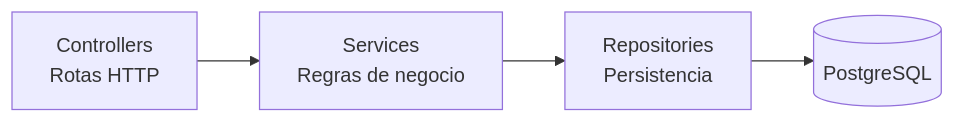
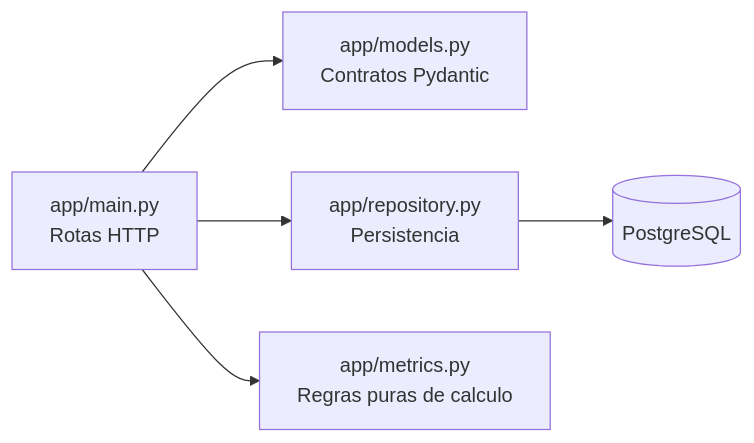
One commit to joaohprates/flow-metrics changed the third of 4 diagrams in docs/arquitetura.md. Above: the diagram before and after it, drawn with Mermaid. The commit also changed other lines of this file and 34 other files, not shown here.

Commit message:
feat: migrar flowmetrics para stack real

````diff
--- a/docs/arquitetura.md
+++ b/docs/arquitetura.md
@@ -43,11 +45,13 @@
 ```mermaid
 flowchart LR
-    controller["Controllers\nRotas HTTP"]
-    service["Services\nRegras de negocio"]
-    repository["Repositories\nPersistencia"]
+    routes["app/main.py\nRotas HTTP"]
+    models["app/models.py\nContratos Pydantic"]
+    repository["app/repository.py\nPersistencia"]
+    metrics["app/metrics.py\nRegras puras de calculo"]
     database[("PostgreSQL")]
 
-    controller --> service
-    service --> repository
+    routes --> models
+    routes --> repository
+    routes --> metrics
     repository --> database
 ```
````
